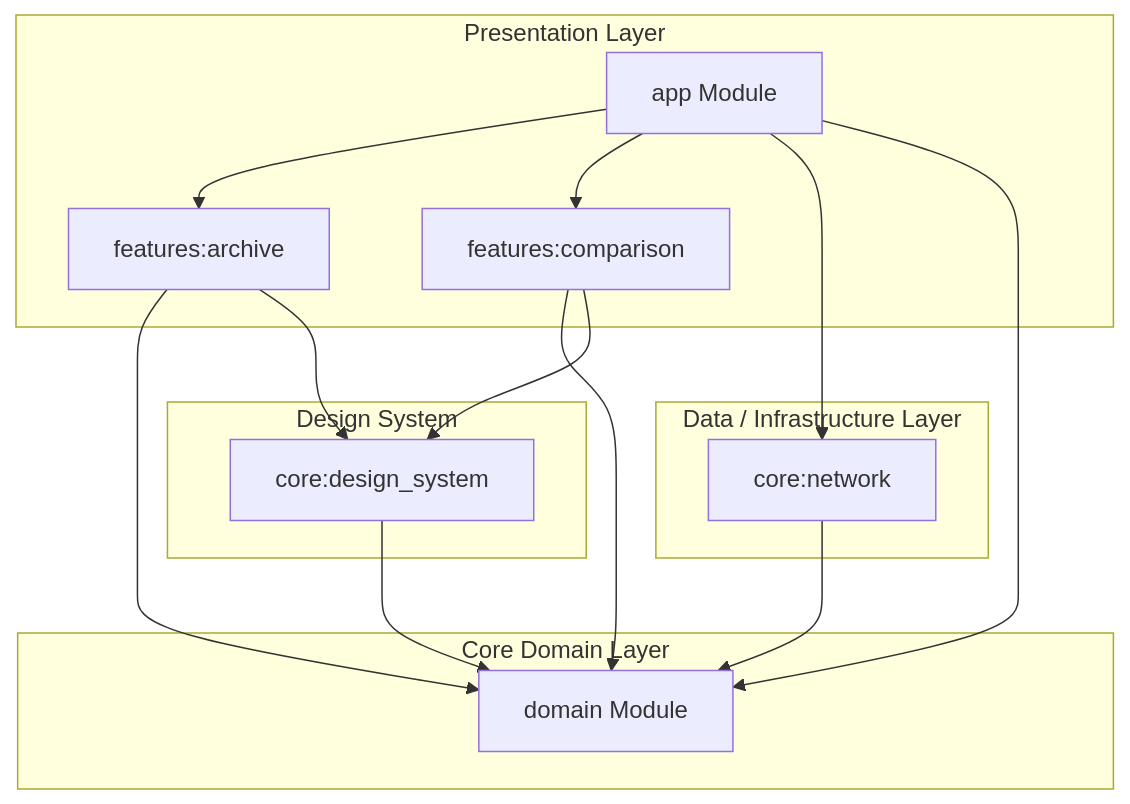
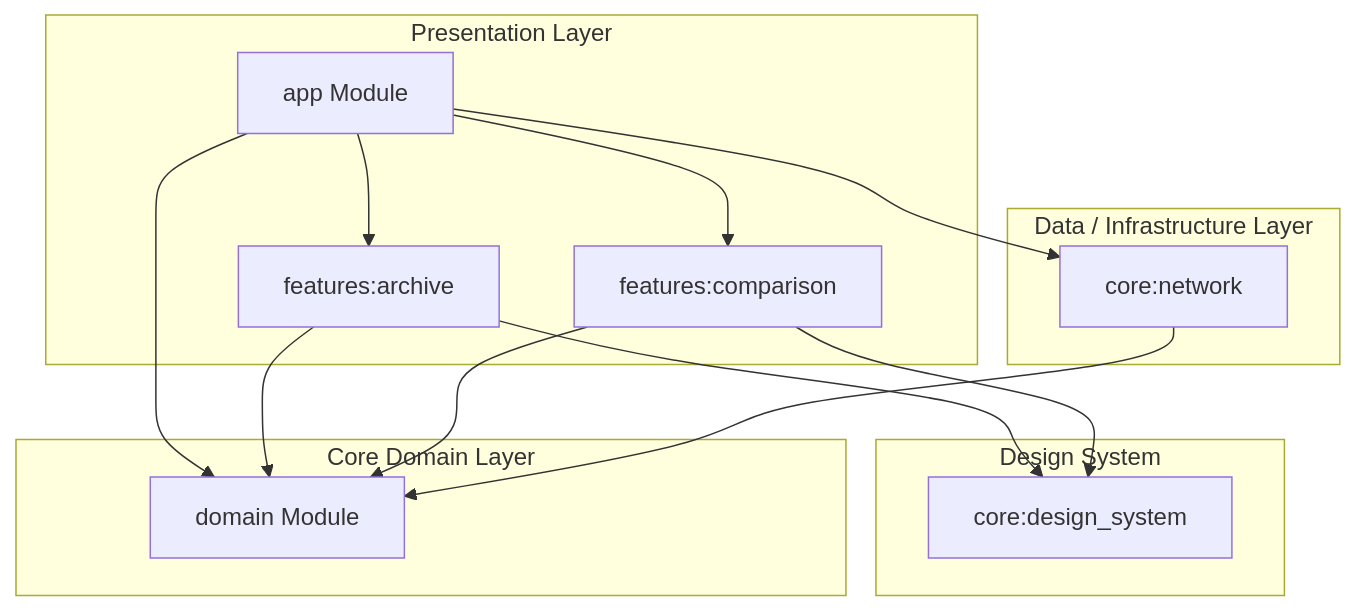
The diagram in AGENTS.md (Anenha/SuperHero), drawn with Mermaid before and after one commit. The commit also changed 3 other files, not shown here.

Commit message:
Update dependency relationship on Mermaid graph

````diff
--- a/AGENTS.md
+++ b/AGENTS.md
@@ -18,34 +18,33 @@
 ```mermaid
 graph TD
     subgraph Presentation Layer
         app[app Module]
         feat_archive[features:archive]
         feat_compare[features:comparison]
     end
 
     subgraph Design System
         ds[core:design_system]
     end
 
     subgraph Data / Infrastructure Layer
         net[core:network]
     end
 
     subgraph Core Domain Layer
         dom[domain Module]
     end
 
     %% Dependency Connections
     app --> feat_archive
     app --> feat_compare
     app --> net
     app --> dom
 
     feat_archive --> dom
     feat_archive --> ds
     feat_compare --> dom
     feat_compare --> ds
 
     net --> dom
-    ds --> dom
 ```
````
